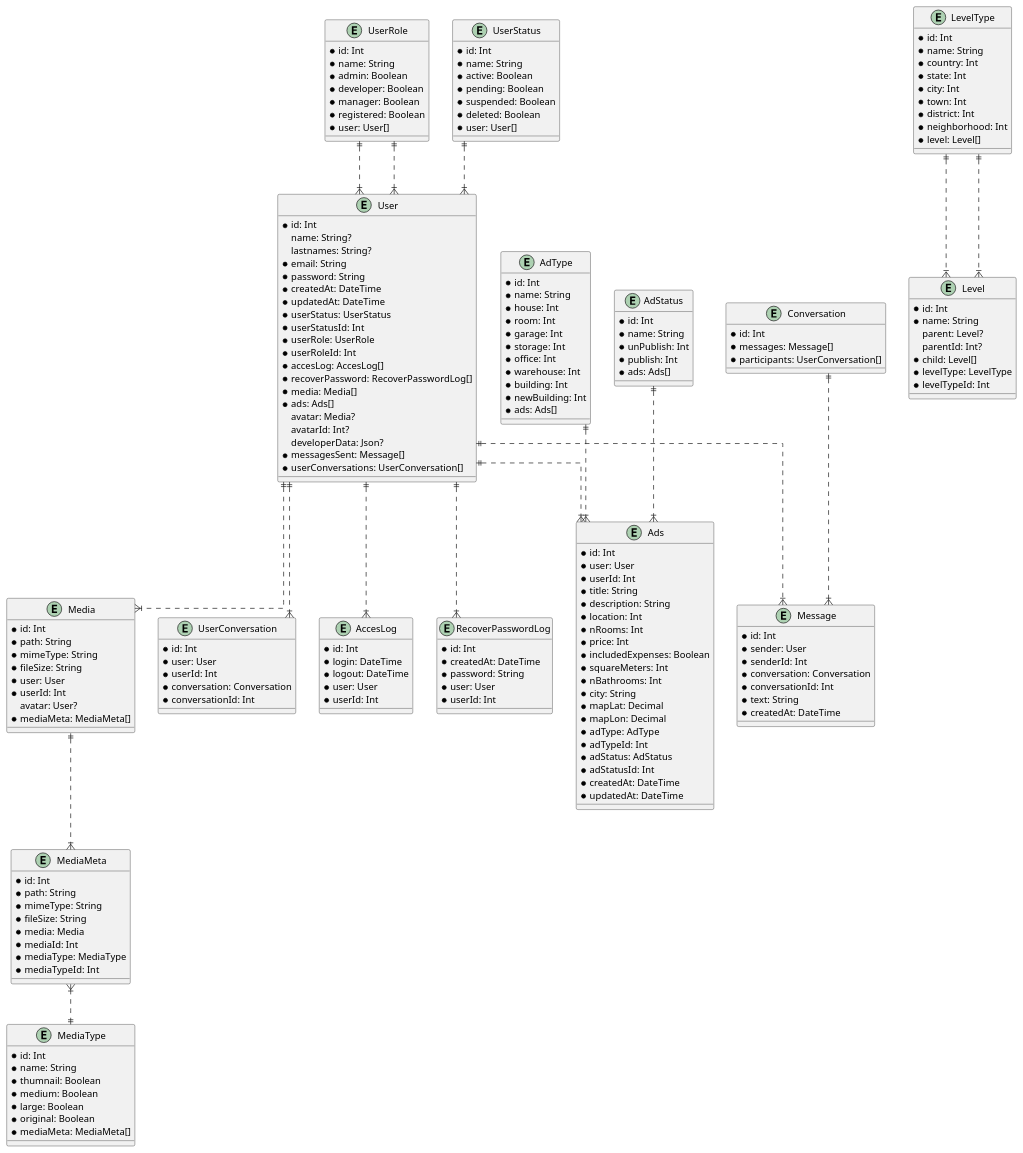
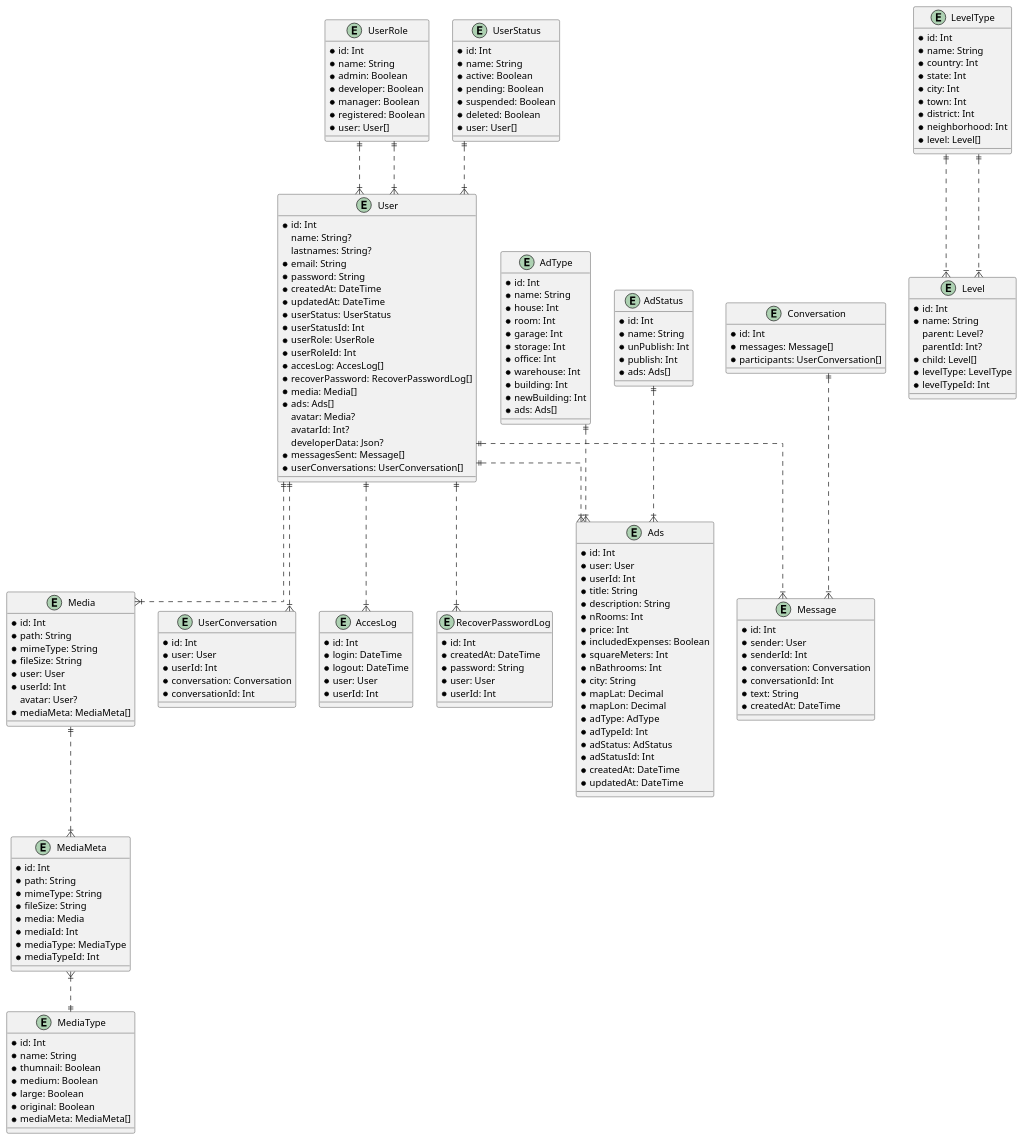
One commit to IT-Academy-BCN/ita-directory changed the diagram in backend/db/schema-db.puml. Above: the diagram before and after it, drawn with PlantUML. The commit also changed 2 other files, not shown here.

Commit message:
Update .env.development and schema-db.png, and schema-db.puml from branch 749

```diff
--- a/backend/db/schema-db.puml
+++ b/backend/db/schema-db.puml
@@ -143,7 +143,6 @@
   * userId: Int
   * title: String
   * description: String
-  * location: Int
   * nRooms: Int
   * price: Int
   * includedExpenses: Boolean
```
